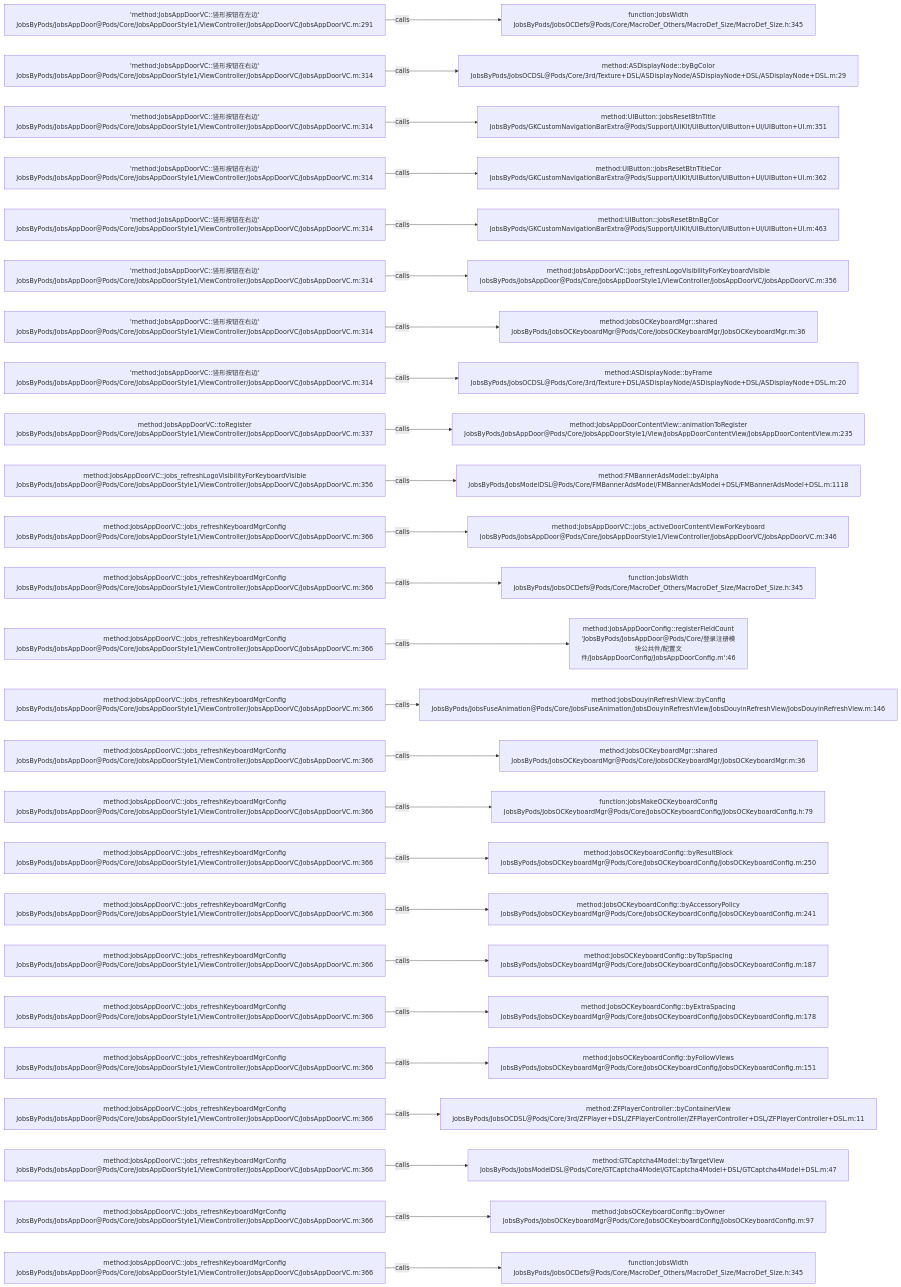
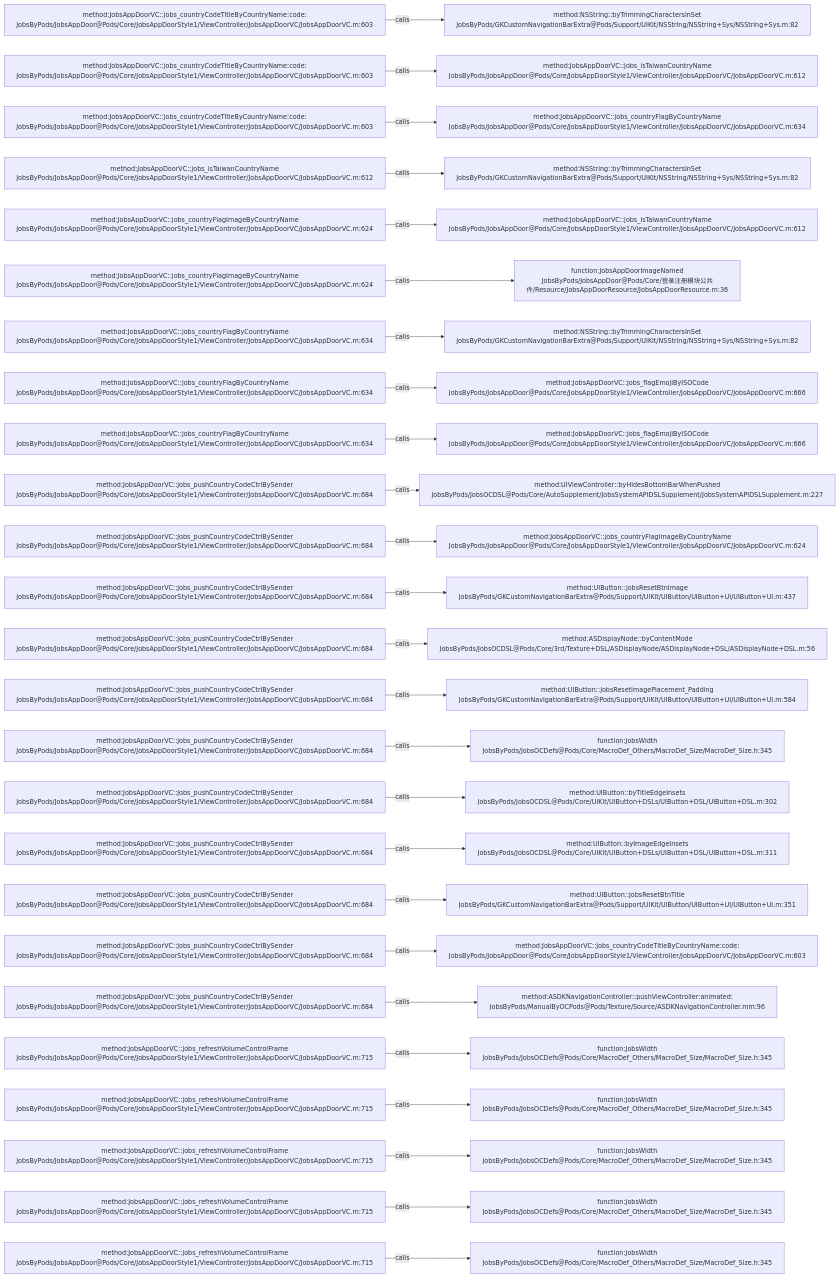
Before and after one commit to JobsKits/JobsOCBaseConfigDemo: the diagram in .codegraph/codegraph.md/graphs/calls-109.md, drawn with Mermaid. The commit also changed 223 other files, not shown here.

````diff
--- a/.codegraph/codegraph.md/graphs/calls-109.md
+++ b/.codegraph/codegraph.md/graphs/calls-109.md
@@ -13,78 +13,78 @@
 ```mermaid
 flowchart LR
-  S1["'method:JobsAppDoorVC::竖形按钮在左边'<br/>JobsByPods/JobsAppDoor@Pods/Core/JobsAppDoorStyle1/ViewController/JobsAppDoorVC/JobsAppDoorVC.m:291"]
-  T1["function:JobsWidth<br/>JobsByPods/JobsOCDefs@Pods/Core/MacroDef_Others/MacroDef_Size/MacroDef_Size.h:345"]
+  S1["method:JobsAppDoorVC::jobs_countryCodeTitleByCountryName:code:<br/>JobsByPods/JobsAppDoor@Pods/Core/JobsAppDoorStyle1/ViewController/JobsAppDoorVC/JobsAppDoorVC.m:603"]
+  T1["method:NSString::byTrimmingCharactersInSet<br/>JobsByPods/GKCustomNavigationBarExtra@Pods/Support/UIKit/NSString/NSString+Sys/NSString+Sys.m:82"]
   S1 -->|calls| T1
-  S2["'method:JobsAppDoorVC::竖形按钮在右边'<br/>JobsByPods/JobsAppDoor@Pods/Core/JobsAppDoorStyle1/ViewController/JobsAppDoorVC/JobsAppDoorVC.m:314"]
-  T2["method:ASDisplayNode::byBgColor<br/>JobsByPods/JobsOCDSL@Pods/Core/3rd/Texture+DSL/ASDisplayNode/ASDisplayNode+DSL/ASDisplayNode+DSL.m:29"]
+  S2["method:JobsAppDoorVC::jobs_countryCodeTitleByCountryName:code:<br/>JobsByPods/JobsAppDoor@Pods/Core/JobsAppDoorStyle1/ViewController/JobsAppDoorVC/JobsAppDoorVC.m:603"]
+  T2["method:JobsAppDoorVC::jobs_isTaiwanCountryName<br/>JobsByPods/JobsAppDoor@Pods/Core/JobsAppDoorStyle1/ViewController/JobsAppDoorVC/JobsAppDoorVC.m:612"]
   S2 -->|calls| T2
-  S3["'method:JobsAppDoorVC::竖形按钮在右边'<br/>JobsByPods/JobsAppDoor@Pods/Core/JobsAppDoorStyle1/ViewController/JobsAppDoorVC/JobsAppDoorVC.m:314"]
-  T3["method:UIButton::jobsResetBtnTitle<br/>JobsByPods/GKCustomNavigationBarExtra@Pods/Support/UIKit/UIButton/UIButton+UI/UIButton+UI.m:351"]
+  S3["method:JobsAppDoorVC::jobs_countryCodeTitleByCountryName:code:<br/>JobsByPods/JobsAppDoor@Pods/Core/JobsAppDoorStyle1/ViewController/JobsAppDoorVC/JobsAppDoorVC.m:603"]
+  T3["method:JobsAppDoorVC::jobs_countryFlagByCountryName<br/>JobsByPods/JobsAppDoor@Pods/Core/JobsAppDoorStyle1/ViewController/JobsAppDoorVC/JobsAppDoorVC.m:634"]
   S3 -->|calls| T3
-  S4["'method:JobsAppDoorVC::竖形按钮在右边'<br/>JobsByPods/JobsAppDoor@Pods/Core/JobsAppDoorStyle1/ViewController/JobsAppDoorVC/JobsAppDoorVC.m:314"]
-  T4["method:UIButton::jobsResetBtnTitleCor<br/>JobsByPods/GKCustomNavigationBarExtra@Pods/Support/UIKit/UIButton/UIButton+UI/UIButton+UI.m:362"]
+  S4["method:JobsAppDoorVC::jobs_isTaiwanCountryName<br/>JobsByPods/JobsAppDoor@Pods/Core/JobsAppDoorStyle1/ViewController/JobsAppDoorVC/JobsAppDoorVC.m:612"]
+  T4["method:NSString::byTrimmingCharactersInSet<br/>JobsByPods/GKCustomNavigationBarExtra@Pods/Support/UIKit/NSString/NSString+Sys/NSString+Sys.m:82"]
   S4 -->|calls| T4
-  S5["'method:JobsAppDoorVC::竖形按钮在右边'<br/>JobsByPods/JobsAppDoor@Pods/Core/JobsAppDoorStyle1/ViewController/JobsAppDoorVC/JobsAppDoorVC.m:314"]
-  T5["method:UIButton::jobsResetBtnBgCor<br/>JobsByPods/GKCustomNavigationBarExtra@Pods/Support/UIKit/UIButton/UIButton+UI/UIButton+UI.m:463"]
+  S5["method:JobsAppDoorVC::jobs_countryFlagImageByCountryName<br/>JobsByPods/JobsAppDoor@Pods/Core/JobsAppDoorStyle1/ViewController/JobsAppDoorVC/JobsAppDoorVC.m:624"]
+  T5["method:JobsAppDoorVC::jobs_isTaiwanCountryName<br/>JobsByPods/JobsAppDoor@Pods/Core/JobsAppDoorStyle1/ViewController/JobsAppDoorVC/JobsAppDoorVC.m:612"]
   S5 -->|calls| T5
-  S6["'method:JobsAppDoorVC::竖形按钮在右边'<br/>JobsByPods/JobsAppDoor@Pods/Core/JobsAppDoorStyle1/ViewController/JobsAppDoorVC/JobsAppDoorVC.m:314"]
-  T6["method:JobsAppDoorVC::jobs_refreshLogoVisibilityForKeyboardVisible<br/>JobsByPods/JobsAppDoor@Pods/Core/JobsAppDoorStyle1/ViewController/JobsAppDoorVC/JobsAppDoorVC.m:356"]
+  S6["method:JobsAppDoorVC::jobs_countryFlagImageByCountryName<br/>JobsByPods/JobsAppDoor@Pods/Core/JobsAppDoorStyle1/ViewController/JobsAppDoorVC/JobsAppDoorVC.m:624"]
+  T6["function:JobsAppDoorImageNamed<br/>JobsByPods/JobsAppDoor@Pods/Core/登录注册模块公共件/Resource/JobsAppDoorResource/JobsAppDoorResource.m:36"]
   S6 -->|calls| T6
-  S7["'method:JobsAppDoorVC::竖形按钮在右边'<br/>JobsByPods/JobsAppDoor@Pods/Core/JobsAppDoorStyle1/ViewController/JobsAppDoorVC/JobsAppDoorVC.m:314"]
-  T7["method:JobsOCKeyboardMgr::shared<br/>JobsByPods/JobsOCKeyboardMgr@Pods/Core/JobsOCKeyboardMgr/JobsOCKeyboardMgr.m:36"]
+  S7["method:JobsAppDoorVC::jobs_countryFlagByCountryName<br/>JobsByPods/JobsAppDoor@Pods/Core/JobsAppDoorStyle1/ViewController/JobsAppDoorVC/JobsAppDoorVC.m:634"]
+  T7["method:NSString::byTrimmingCharactersInSet<br/>JobsByPods/GKCustomNavigationBarExtra@Pods/Support/UIKit/NSString/NSString+Sys/NSString+Sys.m:82"]
   S7 -->|calls| T7
-  S8["'method:JobsAppDoorVC::竖形按钮在右边'<br/>JobsByPods/JobsAppDoor@Pods/Core/JobsAppDoorStyle1/ViewController/JobsAppDoorVC/JobsAppDoorVC.m:314"]
-  T8["method:ASDisplayNode::byFrame<br/>JobsByPods/JobsOCDSL@Pods/Core/3rd/Texture+DSL/ASDisplayNode/ASDisplayNode+DSL/ASDisplayNode+DSL.m:20"]
+  S8["method:JobsAppDoorVC::jobs_countryFlagByCountryName<br/>JobsByPods/JobsAppDoor@Pods/Core/JobsAppDoorStyle1/ViewController/JobsAppDoorVC/JobsAppDoorVC.m:634"]
+  T8["method:JobsAppDoorVC::jobs_flagEmojiByISOCode<br/>JobsByPods/JobsAppDoor@Pods/Core/JobsAppDoorStyle1/ViewController/JobsAppDoorVC/JobsAppDoorVC.m:666"]
   S8 -->|calls| T8
-  S9["method:JobsAppDoorVC::toRegister<br/>JobsByPods/JobsAppDoor@Pods/Core/JobsAppDoorStyle1/ViewController/JobsAppDoorVC/JobsAppDoorVC.m:337"]
-  T9["method:JobsAppDoorContentView::animationToRegister<br/>JobsByPods/JobsAppDoor@Pods/Core/JobsAppDoorStyle1/View/JobsAppDoorContentView/JobsAppDoorContentView.m:235"]
+  S9["method:JobsAppDoorVC::jobs_countryFlagByCountryName<br/>JobsByPods/JobsAppDoor@Pods/Core/JobsAppDoorStyle1/ViewController/JobsAppDoorVC/JobsAppDoorVC.m:634"]
+  T9["method:JobsAppDoorVC::jobs_flagEmojiByISOCode<br/>JobsByPods/JobsAppDoor@Pods/Core/JobsAppDoorStyle1/ViewController/JobsAppDoorVC/JobsAppDoorVC.m:666"]
   S9 -->|calls| T9
-  S10["method:JobsAppDoorVC::jobs_refreshLogoVisibilityForKeyboardVisible<br/>JobsByPods/JobsAppDoor@Pods/Core/JobsAppDoorStyle1/ViewController/JobsAppDoorVC/JobsAppDoorVC.m:356"]
-  T10["method:FMBannerAdsModel::byAlpha<br/>JobsByPods/JobsModelDSL@Pods/Core/FMBannerAdsModel/FMBannerAdsModel+DSL/FMBannerAdsModel+DSL.m:1118"]
+  S10["method:JobsAppDoorVC::jobs_pushCountryCodeCtrlBySender<br/>JobsByPods/JobsAppDoor@Pods/Core/JobsAppDoorStyle1/ViewController/JobsAppDoorVC/JobsAppDoorVC.m:684"]
+  T10["method:UIViewController::byHidesBottomBarWhenPushed<br/>JobsByPods/JobsOCDSL@Pods/Core/AutoSupplement/JobsSystemAPIDSLSupplement/JobsSystemAPIDSLSupplement.m:227"]
   S10 -->|calls| T10
-  S11["method:JobsAppDoorVC::jobs_refreshKeyboardMgrConfig<br/>JobsByPods/JobsAppDoor@Pods/Core/JobsAppDoorStyle1/ViewController/JobsAppDoorVC/JobsAppDoorVC.m:366"]
-  T11["method:JobsAppDoorVC::jobs_activeDoorContentViewForKeyboard<br/>JobsByPods/JobsAppDoor@Pods/Core/JobsAppDoorStyle1/ViewController/JobsAppDoorVC/JobsAppDoorVC.m:346"]
+  S11["method:JobsAppDoorVC::jobs_pushCountryCodeCtrlBySender<br/>JobsByPods/JobsAppDoor@Pods/Core/JobsAppDoorStyle1/ViewController/JobsAppDoorVC/JobsAppDoorVC.m:684"]
+  T11["method:JobsAppDoorVC::jobs_countryFlagImageByCountryName<br/>JobsByPods/JobsAppDoor@Pods/Core/JobsAppDoorStyle1/ViewController/JobsAppDoorVC/JobsAppDoorVC.m:624"]
   S11 -->|calls| T11
-  S12["method:JobsAppDoorVC::jobs_refreshKeyboardMgrConfig<br/>JobsByPods/JobsAppDoor@Pods/Core/JobsAppDoorStyle1/ViewController/JobsAppDoorVC/JobsAppDoorVC.m:366"]
-  T12["function:JobsWidth<br/>JobsByPods/JobsOCDefs@Pods/Core/MacroDef_Others/MacroDef_Size/MacroDef_Size.h:345"]
+  S12["method:JobsAppDoorVC::jobs_pushCountryCodeCtrlBySender<br/>JobsByPods/JobsAppDoor@Pods/Core/JobsAppDoorStyle1/ViewController/JobsAppDoorVC/JobsAppDoorVC.m:684"]
+  T12["method:UIButton::jobsResetBtnImage<br/>JobsByPods/GKCustomNavigationBarExtra@Pods/Support/UIKit/UIButton/UIButton+UI/UIButton+UI.m:437"]
   S12 -->|calls| T12
-  S13["method:JobsAppDoorVC::jobs_refreshKeyboardMgrConfig<br/>JobsByPods/JobsAppDoor@Pods/Core/JobsAppDoorStyle1/ViewController/JobsAppDoorVC/JobsAppDoorVC.m:366"]
-  T13["method:JobsAppDoorConfig::registerFieldCount<br/>'JobsByPods/JobsAppDoor@Pods/Core/登录注册模块公共件/配置文件/JobsAppDoorConfig/JobsAppDoorConfig.m':46"]
+  S13["method:JobsAppDoorVC::jobs_pushCountryCodeCtrlBySender<br/>JobsByPods/JobsAppDoor@Pods/Core/JobsAppDoorStyle1/ViewController/JobsAppDoorVC/JobsAppDoorVC.m:684"]
+  T13["method:ASDisplayNode::byContentMode<br/>JobsByPods/JobsOCDSL@Pods/Core/3rd/Texture+DSL/ASDisplayNode/ASDisplayNode+DSL/ASDisplayNode+DSL.m:56"]
   S13 -->|calls| T13
-  S14["method:JobsAppDoorVC::jobs_refreshKeyboardMgrConfig<br/>JobsByPods/JobsAppDoor@Pods/Core/JobsAppDoorStyle1/ViewController/JobsAppDoorVC/JobsAppDoorVC.m:366"]
-  T14["method:JobsDouyinRefreshView::byConfig<br/>JobsByPods/JobsFuseAnimation@Pods/Core/JobsFuseAnimation/JobsDouyinRefreshView/JobsDouyinRefreshView/JobsDouyinRefreshView.m:146"]
+  S14["method:JobsAppDoorVC::jobs_pushCountryCodeCtrlBySender<br/>JobsByPods/JobsAppDoor@Pods/Core/JobsAppDoorStyle1/ViewController/JobsAppDoorVC/JobsAppDoorVC.m:684"]
+  T14["method:UIButton::jobsResetImagePlacement_Padding<br/>JobsByPods/GKCustomNavigationBarExtra@Pods/Support/UIKit/UIButton/UIButton+UI/UIButton+UI.m:584"]
   S14 -->|calls| T14
-  S15["method:JobsAppDoorVC::jobs_refreshKeyboardMgrConfig<br/>JobsByPods/JobsAppDoor@Pods/Core/JobsAppDoorStyle1/ViewController/JobsAppDoorVC/JobsAppDoorVC.m:366"]
-  T15["method:JobsOCKeyboardMgr::shared<br/>JobsByPods/JobsOCKeyboardMgr@Pods/Core/JobsOCKeyboardMgr/JobsOCKeyboardMgr.m:36"]
+  S15["method:JobsAppDoorVC::jobs_pushCountryCodeCtrlBySender<br/>JobsByPods/JobsAppDoor@Pods/Core/JobsAppDoorStyle1/ViewController/JobsAppDoorVC/JobsAppDoorVC.m:684"]
+  T15["function:JobsWidth<br/>JobsByPods/JobsOCDefs@Pods/Core/MacroDef_Others/MacroDef_Size/MacroDef_Size.h:345"]
   S15 -->|calls| T15
-  S16["method:JobsAppDoorVC::jobs_refreshKeyboardMgrConfig<br/>JobsByPods/JobsAppDoor@Pods/Core/JobsAppDoorStyle1/ViewController/JobsAppDoorVC/JobsAppDoorVC.m:366"]
-  T16["function:jobsMakeOCKeyboardConfig<br/>JobsByPods/JobsOCKeyboardMgr@Pods/Core/JobsOCKeyboardConfig/JobsOCKeyboardConfig.h:79"]
+  S16["method:JobsAppDoorVC::jobs_pushCountryCodeCtrlBySender<br/>JobsByPods/JobsAppDoor@Pods/Core/JobsAppDoorStyle1/ViewController/JobsAppDoorVC/JobsAppDoorVC.m:684"]
+  T16["method:UIButton::byTitleEdgeInsets<br/>JobsByPods/JobsOCDSL@Pods/Core/UIKit/UIButton+DSLs/UIButton+DSL/UIButton+DSL.m:302"]
   S16 -->|calls| T16
-  S17["method:JobsAppDoorVC::jobs_refreshKeyboardMgrConfig<br/>JobsByPods/JobsAppDoor@Pods/Core/JobsAppDoorStyle1/ViewController/JobsAppDoorVC/JobsAppDoorVC.m:366"]
-  T17["method:JobsOCKeyboardConfig::byResultBlock<br/>JobsByPods/JobsOCKeyboardMgr@Pods/Core/JobsOCKeyboardConfig/JobsOCKeyboardConfig.m:250"]
+  S17["method:JobsAppDoorVC::jobs_pushCountryCodeCtrlBySender<br/>JobsByPods/JobsAppDoor@Pods/Core/JobsAppDoorStyle1/ViewController/JobsAppDoorVC/JobsAppDoorVC.m:684"]
+  T17["method:UIButton::byImageEdgeInsets<br/>JobsByPods/JobsOCDSL@Pods/Core/UIKit/UIButton+DSLs/UIButton+DSL/UIButton+DSL.m:311"]
   S17 -->|calls| T17
-  S18["method:JobsAppDoorVC::jobs_refreshKeyboardMgrConfig<br/>JobsByPods/JobsAppDoor@Pods/Core/JobsAppDoorStyle1/ViewController/JobsAppDoorVC/JobsAppDoorVC.m:366"]
-  T18["method:JobsOCKeyboardConfig::byAccessoryPolicy<br/>JobsByPods/JobsOCKeyboardMgr@Pods/Core/JobsOCKeyboardConfig/JobsOCKeyboardConfig.m:241"]
+  S18["method:JobsAppDoorVC::jobs_pushCountryCodeCtrlBySender<br/>JobsByPods/JobsAppDoor@Pods/Core/JobsAppDoorStyle1/ViewController/JobsAppDoorVC/JobsAppDoorVC.m:684"]
+  T18["method:UIButton::jobsResetBtnTitle<br/>JobsByPods/GKCustomNavigationBarExtra@Pods/Support/UIKit/UIButton/UIButton+UI/UIButton+UI.m:351"]
   S18 -->|calls| T18
-  S19["method:JobsAppDoorVC::jobs_refreshKeyboardMgrConfig<br/>JobsByPods/JobsAppDoor@Pods/Core/JobsAppDoorStyle1/ViewController/JobsAppDoorVC/JobsAppDoorVC.m:366"]
-  T19["method:JobsOCKeyboardConfig::byTopSpacing<br/>JobsByPods/JobsOCKeyboardMgr@Pods/Core/JobsOCKeyboardConfig/JobsOCKeyboardConfig.m:187"]
+  S19["method:JobsAppDoorVC::jobs_pushCountryCodeCtrlBySender<br/>JobsByPods/JobsAppDoor@Pods/Core/JobsAppDoorStyle1/ViewController/JobsAppDoorVC/JobsAppDoorVC.m:684"]
+  T19["method:JobsAppDoorVC::jobs_countryCodeTitleByCountryName:code:<br/>JobsByPods/JobsAppDoor@Pods/Core/JobsAppDoorStyle1/ViewController/JobsAppDoorVC/JobsAppDoorVC.m:603"]
   S19 -->|calls| T19
-  S20["method:JobsAppDoorVC::jobs_refreshKeyboardMgrConfig<br/>JobsByPods/JobsAppDoor@Pods/Core/JobsAppDoorStyle1/ViewController/JobsAppDoorVC/JobsAppDoorVC.m:366"]
-  T20["method:JobsOCKeyboardConfig::byExtraSpacing<br/>JobsByPods/JobsOCKeyboardMgr@Pods/Core/JobsOCKeyboardConfig/JobsOCKeyboardConfig.m:178"]
+  S20["method:JobsAppDoorVC::jobs_pushCountryCodeCtrlBySender<br/>JobsByPods/JobsAppDoor@Pods/Core/JobsAppDoorStyle1/ViewController/JobsAppDoorVC/JobsAppDoorVC.m:684"]
+  T20["method:ASDKNavigationController::pushViewController:animated:<br/>JobsByPods/ManualByOCPods@Pods/Texture/Source/ASDKNavigationController.mm:96"]
   S20 -->|calls| T20
-  S21["method:JobsAppDoorVC::jobs_refreshKeyboardMgrConfig<br/>JobsByPods/JobsAppDoor@Pods/Core/JobsAppDoorStyle1/ViewController/JobsAppDoorVC/JobsAppDoorVC.m:366"]
-  T21["method:JobsOCKeyboardConfig::byFollowViews<br/>JobsByPods/JobsOCKeyboardMgr@Pods/Core/JobsOCKeyboardConfig/JobsOCKeyboardConfig.m:151"]
+  S21["method:JobsAppDoorVC::jobs_refreshVolumeControlFrame<br/>JobsByPods/JobsAppDoor@Pods/Core/JobsAppDoorStyle1/ViewController/JobsAppDoorVC/JobsAppDoorVC.m:715"]
+  T21["function:JobsWidth<br/>JobsByPods/JobsOCDefs@Pods/Core/MacroDef_Others/MacroDef_Size/MacroDef_Size.h:345"]
   S21 -->|calls| T21
-  S22["method:JobsAppDoorVC::jobs_refreshKeyboardMgrConfig<br/>JobsByPods/JobsAppDoor@Pods/Core/JobsAppDoorStyle1/ViewController/JobsAppDoorVC/JobsAppDoorVC.m:366"]
-  T22["method:ZFPlayerController::byContainerView<br/>JobsByPods/JobsOCDSL@Pods/Core/3rd/ZFPlayer+DSL/ZFPlayerController/ZFPlayerController+DSL/ZFPlayerController+DSL.m:11"]
+  S22["method:JobsAppDoorVC::jobs_refreshVolumeControlFrame<br/>JobsByPods/JobsAppDoor@Pods/Core/JobsAppDoorStyle1/ViewController/JobsAppDoorVC/JobsAppDoorVC.m:715"]
+  T22["function:JobsWidth<br/>JobsByPods/JobsOCDefs@Pods/Core/MacroDef_Others/MacroDef_Size/MacroDef_Size.h:345"]
   S22 -->|calls| T22
-  S23["method:JobsAppDoorVC::jobs_refreshKeyboardMgrConfig<br/>JobsByPods/JobsAppDoor@Pods/Core/JobsAppDoorStyle1/ViewController/JobsAppDoorVC/JobsAppDoorVC.m:366"]
-  T23["method:GTCaptcha4Model::byTargetView<br/>JobsByPods/JobsModelDSL@Pods/Core/GTCaptcha4Model/GTCaptcha4Model+DSL/GTCaptcha4Model+DSL.m:47"]
+  S23["method:JobsAppDoorVC::jobs_refreshVolumeControlFrame<br/>JobsByPods/JobsAppDoor@Pods/Core/JobsAppDoorStyle1/ViewController/JobsAppDoorVC/JobsAppDoorVC.m:715"]
+  T23["function:JobsWidth<br/>JobsByPods/JobsOCDefs@Pods/Core/MacroDef_Others/MacroDef_Size/MacroDef_Size.h:345"]
   S23 -->|calls| T23
-  S24["method:JobsAppDoorVC::jobs_refreshKeyboardMgrConfig<br/>JobsByPods/JobsAppDoor@Pods/Core/JobsAppDoorStyle1/ViewController/JobsAppDoorVC/JobsAppDoorVC.m:366"]
-  T24["method:JobsOCKeyboardConfig::byOwner<br/>JobsByPods/JobsOCKeyboardMgr@Pods/Core/JobsOCKeyboardConfig/JobsOCKeyboardConfig.m:97"]
+  S24["method:JobsAppDoorVC::jobs_refreshVolumeControlFrame<br/>JobsByPods/JobsAppDoor@Pods/Core/JobsAppDoorStyle1/ViewController/JobsAppDoorVC/JobsAppDoorVC.m:715"]
+  T24["function:JobsWidth<br/>JobsByPods/JobsOCDefs@Pods/Core/MacroDef_Others/MacroDef_Size/MacroDef_Size.h:345"]
   S24 -->|calls| T24
-  S25["method:JobsAppDoorVC::jobs_refreshKeyboardMgrConfig<br/>JobsByPods/JobsAppDoor@Pods/Core/JobsAppDoorStyle1/ViewController/JobsAppDoorVC/JobsAppDoorVC.m:366"]
+  S25["method:JobsAppDoorVC::jobs_refreshVolumeControlFrame<br/>JobsByPods/JobsAppDoor@Pods/Core/JobsAppDoorStyle1/ViewController/JobsAppDoorVC/JobsAppDoorVC.m:715"]
   T25["function:JobsWidth<br/>JobsByPods/JobsOCDefs@Pods/Core/MacroDef_Others/MacroDef_Size/MacroDef_Size.h:345"]
   S25 -->|calls| T25
 ```
````
